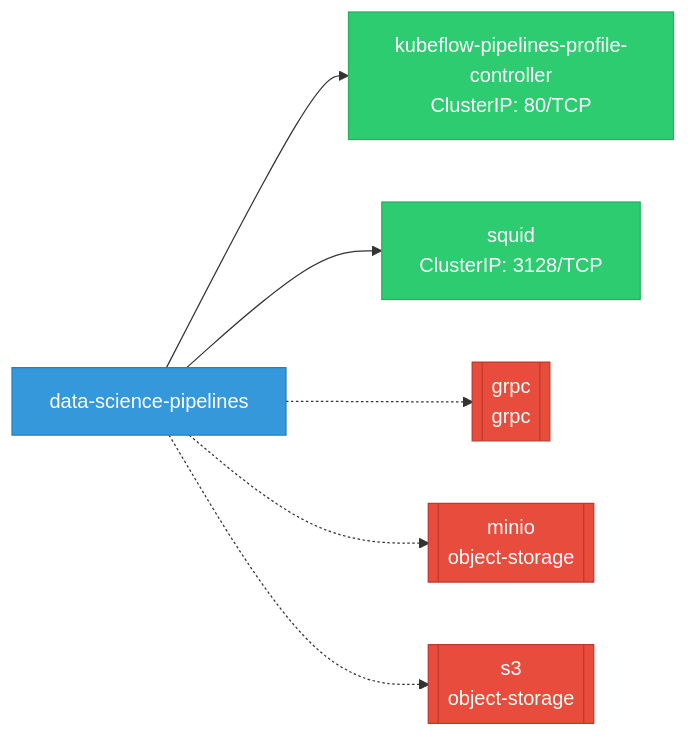
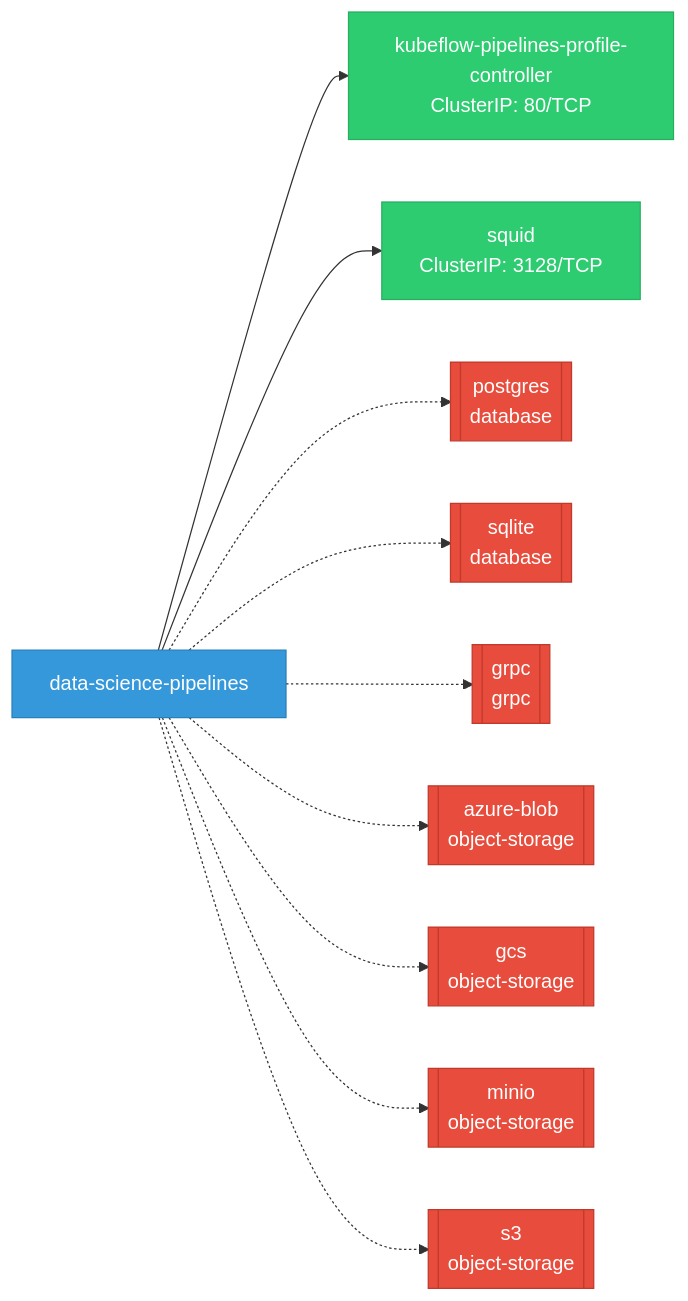
The first of 2 diagrams in site/docs/use-cases/odh-platform/components/data_science_pipelines/network.md (ugiordan/rhoai-architecture-analyzer), drawn with Mermaid before and after one commit. The commit also changed other lines of this file and 402 other files, not shown here.

````diff
--- a/site/docs/use-cases/odh-platform/components/data_science_pipelines/network.md
+++ b/site/docs/use-cases/odh-platform/components/data_science_pipelines/network.md
@@ -5,14 +5,18 @@
 ```mermaid
 graph LR
     classDef svc fill:#2ecc71,stroke:#27ae60,color:#fff
     classDef test fill:#95a5a6,stroke:#7f8c8d,color:#fff
     classDef component fill:#3498db,stroke:#2980b9,color:#fff
     classDef ext fill:#e74c3c,stroke:#c0392b,color:#fff
 
     data_science_pipelines["data-science-pipelines"]:::component
     data_science_pipelines --> svc_0["kubeflow-pipelines-profile-controller\nClusterIP: 80/TCP"]:::svc
     data_science_pipelines --> svc_1["squid\nClusterIP: 3128/TCP"]:::svc
+    data_science_pipelines -.-> ext_postgres[["postgres\ndatabase"]]:::ext
+    data_science_pipelines -.-> ext_sqlite[["sqlite\ndatabase"]]:::ext
     data_science_pipelines -.-> ext_grpc[["grpc\ngrpc"]]:::ext
+    data_science_pipelines -.-> ext_azure_blob[["azure-blob\nobject-storage"]]:::ext
+    data_science_pipelines -.-> ext_gcs[["gcs\nobject-storage"]]:::ext
     data_science_pipelines -.-> ext_minio[["minio\nobject-storage"]]:::ext
     data_science_pipelines -.-> ext_s3[["s3\nobject-storage"]]:::ext
 ```
````
